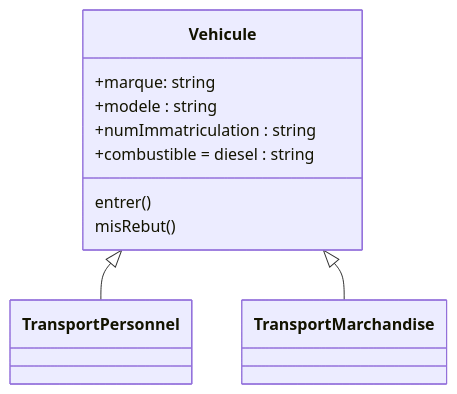
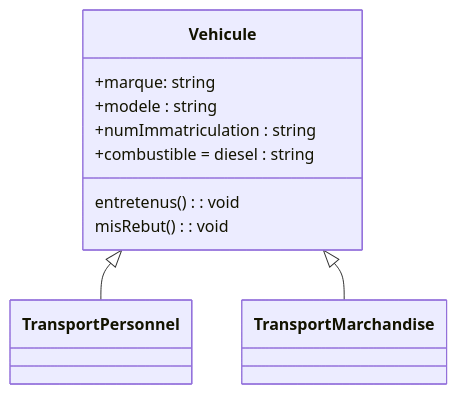
One commit to elghallali/ProfMadkourTDs changed the diagram in README.md. Above: the diagram before and after it, drawn with Mermaid.

````diff
--- a/README.md
+++ b/README.md
@@ -110,13 +110,13 @@
 ```mermaid
 classDiagram
     class Vehicule{
         +marque: string
         +modele : string
         +numImmatriculation : string
         +combustible = diesel : string
-        entrer()
-        misRebut()
+        entretenus(): void
+        misRebut() : void
     }
     Vehicule <|-- TransportPersonnel
     Vehicule <|-- TransportMarchandise
 ```
````
